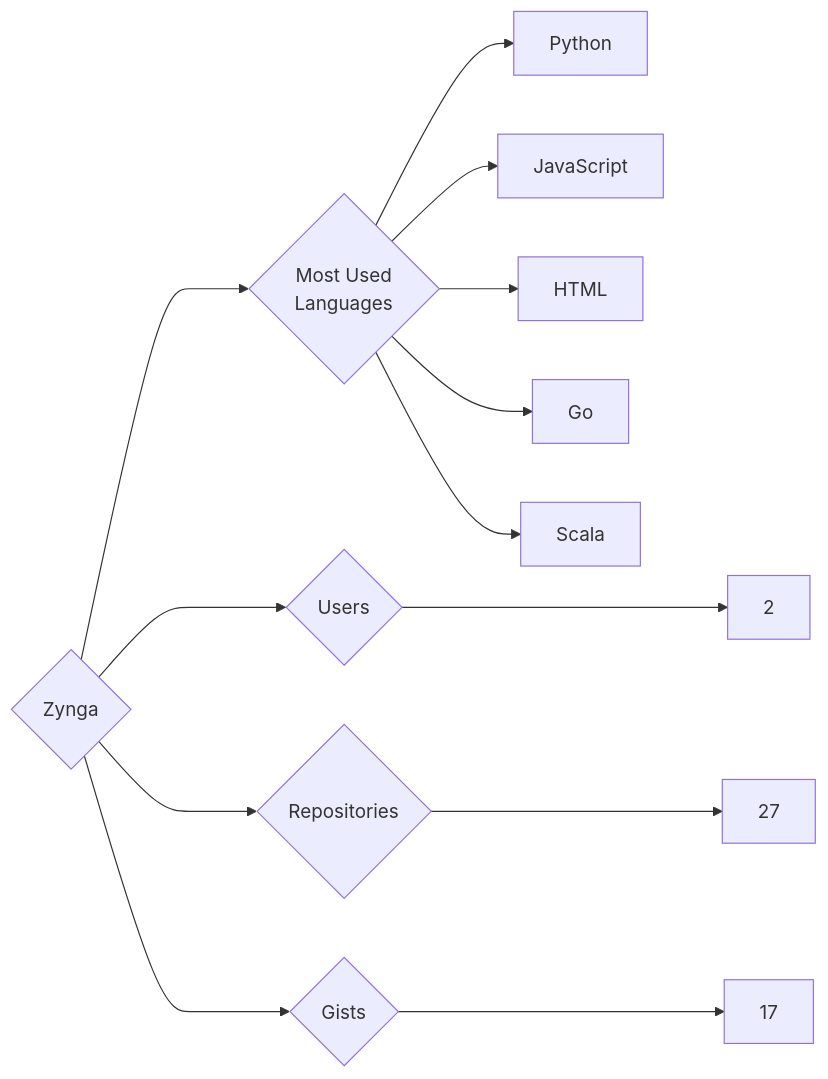
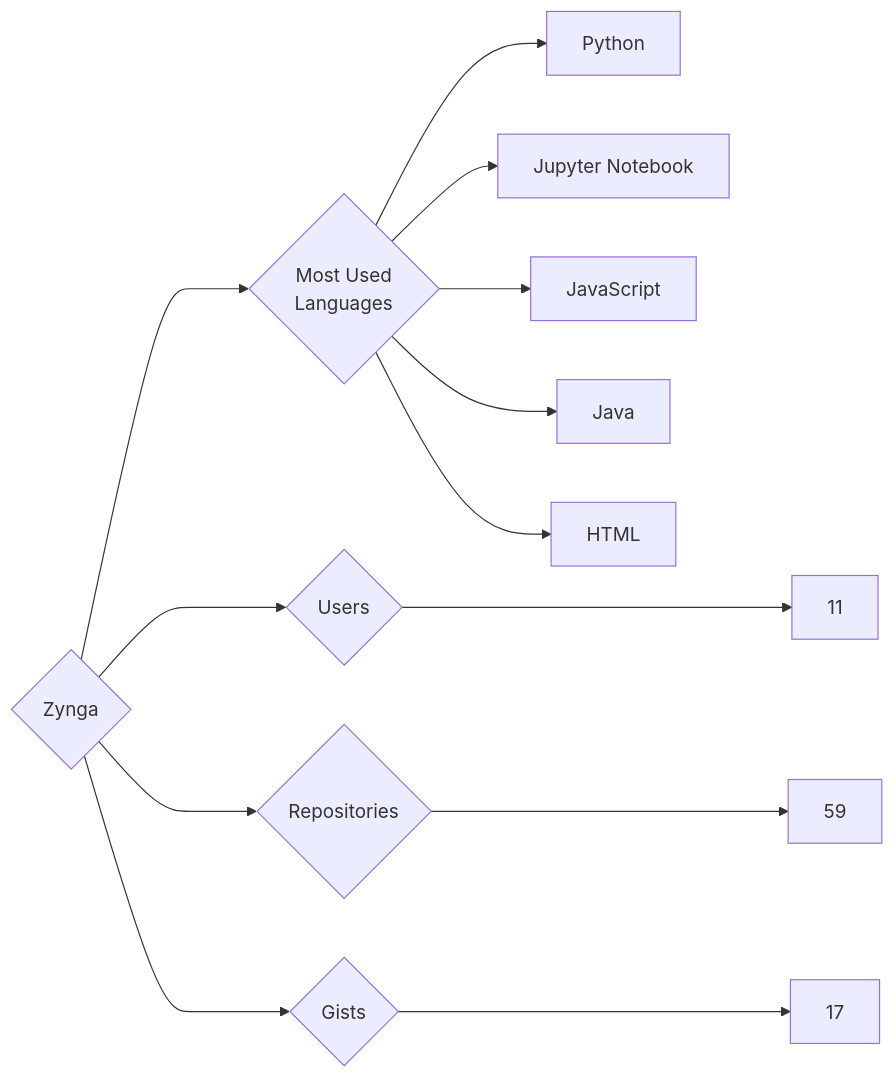
Before and after one commit to trickest/insiders: the diagram in targets/Zynga/README.md, drawn with Mermaid. The commit also changed 1696 other files, not shown here.

````diff
--- a/targets/Zynga/README.md
+++ b/targets/Zynga/README.md
@@ -3,13 +3,13 @@
 ```mermaid
 graph LR
 COMPANY_NAME{Zynga}
-COMPANY_NAME ---> U{Users} ---> UN[2]
-COMPANY_NAME ---> R{Repositories} ---> RN[27]
+COMPANY_NAME ---> U{Users} ---> UN[11]
+COMPANY_NAME ---> R{Repositories} ---> RN[59]
 COMPANY_NAME ---> G{Gists} ---> GN[17]
 COMPANY_NAME ---> ML{Most Used<br>Languages}
 ML --> Python[Python]
+ML --> Jupyter_Notebook[Jupyter Notebook]
 ML --> JavaScript[JavaScript]
+ML --> Java[Java]
 ML --> HTML[HTML]
-ML --> Go[Go]
-ML --> Scala[Scala]
 ```
````
